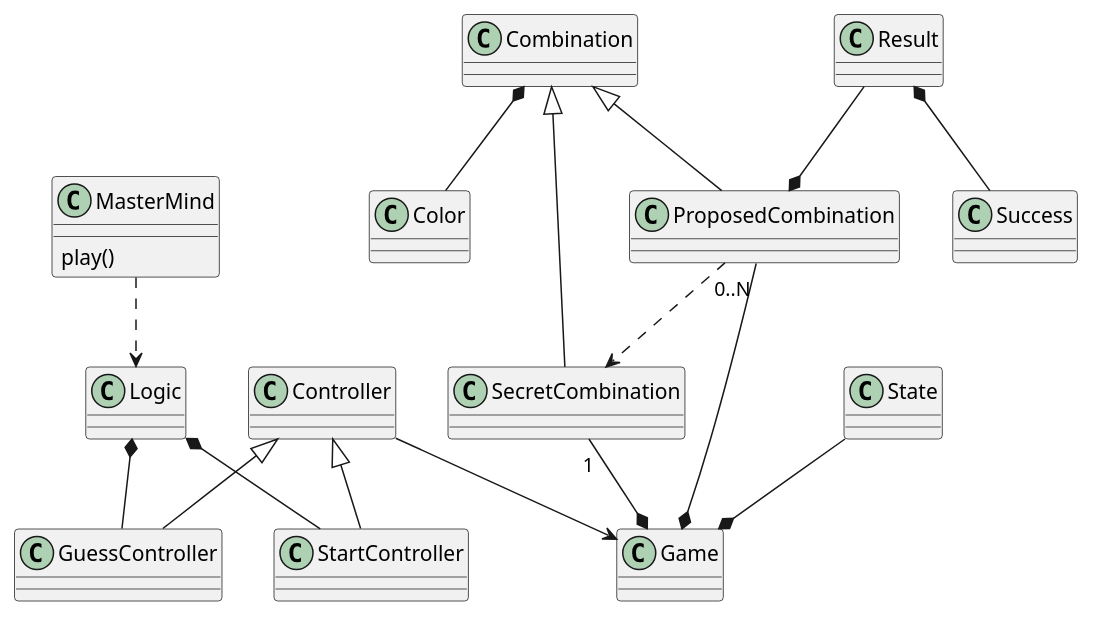
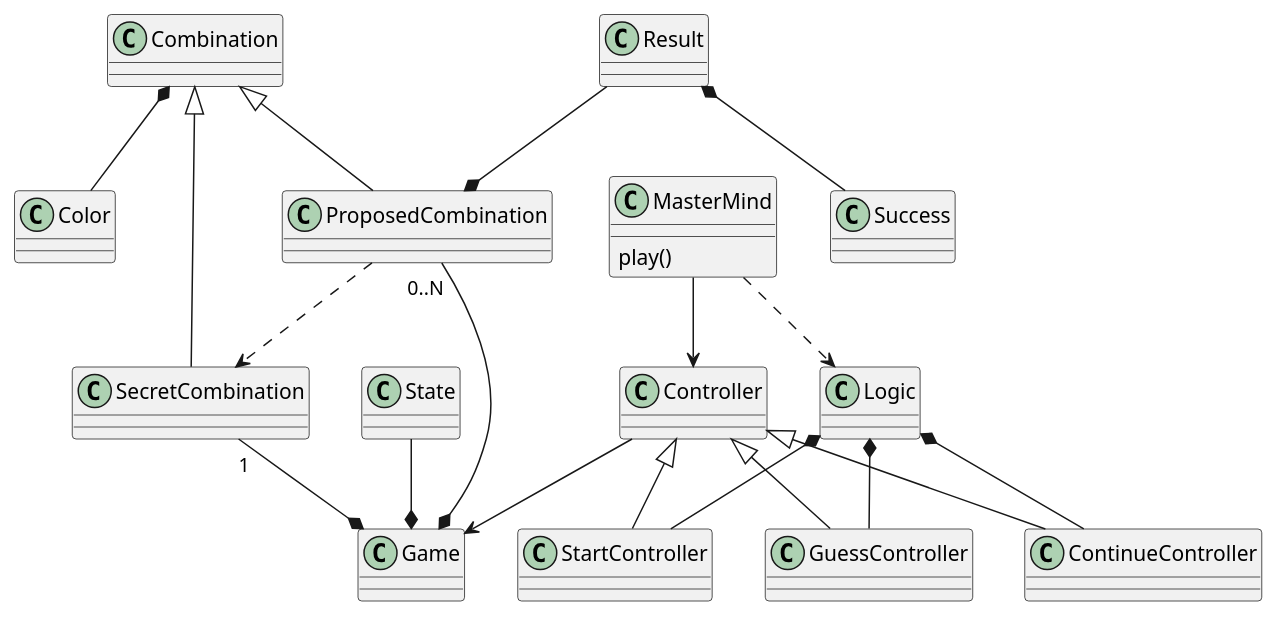
One commit to hombrenieve/brainlord changed the diagram in brainlord/analysis/MasterMind.puml. Above: the diagram before and after it, drawn with PlantUML. The commit also changed 19 other files, not shown here.

```diff
--- a/brainlord/analysis/MasterMind.puml
+++ b/brainlord/analysis/MasterMind.puml
@@ -1,25 +1,28 @@
 @startuml
 
 class MasterMind {
 	play()
 }
 
 SecretCombination "1" --* Game
 ProposedCombination "0..N" --* Game
 State --* Game
 ProposedCombination ..> SecretCombination
 Combination <|-- SecretCombination
 Combination <|-- ProposedCombination
 Combination *-- Color
 Result --* ProposedCombination
 Result *-- Success
 
 Controller <|-- StartController
 Controller <|-- GuessController
+Controller <|-- ContinueController
 Controller --> Game
 Logic *-- StartController
 Logic *-- GuessController
+Logic *-- ContinueController
 
 MasterMind ..> Logic
+MasterMind --> Controller
 
 @enduml
```
